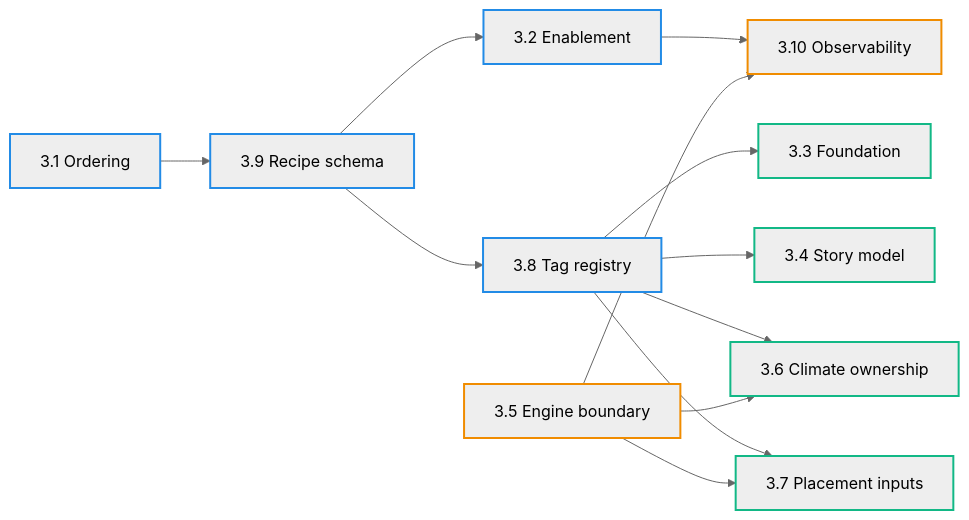
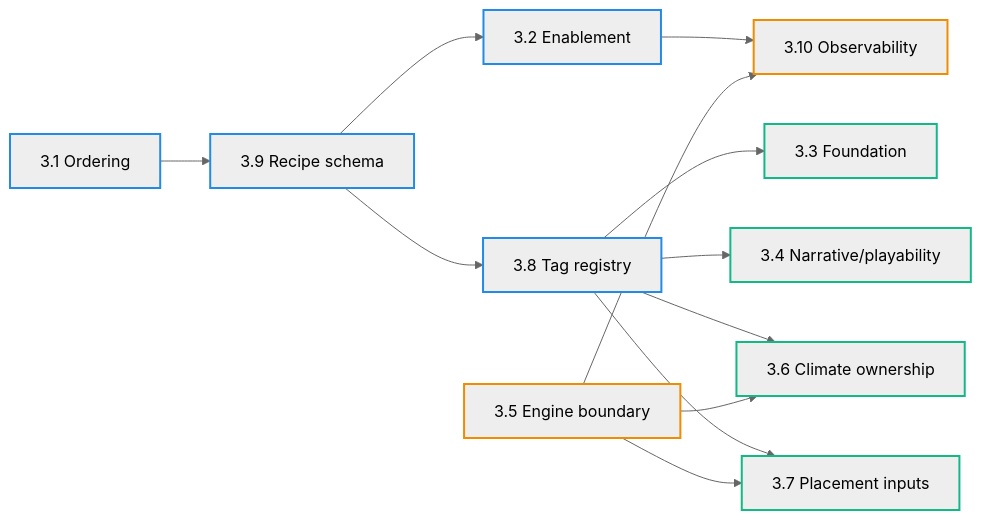
The diagram in docs/projects/engine-refactor-v1/resources/SPEC-target-architecture-draft.md (mateicanavra/civ7-modding-tools-fork), drawn with Mermaid (neutral theme) before and after one commit. The commit also changed other lines of this file and 2 other files, not shown here.

Commit message:
docs(engine-refactor): accept narrative artifact model (3.4)

````diff
--- a/docs/projects/engine-refactor-v1/resources/SPEC-target-architecture-draft.md
+++ b/docs/projects/engine-refactor-v1/resources/SPEC-target-architecture-draft.md
@@ -257,51 +276,51 @@
 ```mermaid
 flowchart LR
   %% Category (stroke) colors
   classDef spine stroke:#228be6,stroke-width:2px
   classDef boundary stroke:#f08c00,stroke-width:2px
   classDef domain stroke:#12b886,stroke-width:2px
 
   %% Status (fill) colors
   classDef accepted fill:#d3f9d8,color:#0b5345
   classDef proposed fill:#fff3bf,color:#7f4f00
   classDef open fill:#f1f3f5,color:#343a40
 
   ordering["3.1 Ordering"]:::spine
   recipeSchema["3.9 Recipe schema"]:::spine
   enablement["3.2 Enablement"]:::spine
   registry["3.8 Tag registry"]:::spine
 
   engineBoundary["3.5 Engine boundary"]:::boundary
   observability["3.10 Observability"]:::boundary
 
   foundation["3.3 Foundation"]:::domain
-  story["3.4 Story model"]:::domain
+  story["3.4 Narrative/playability"]:::domain
   climate["3.6 Climate ownership"]:::domain
   placement["3.7 Placement inputs"]:::domain
 
   ordering --> recipeSchema
   recipeSchema --> enablement
   recipeSchema --> registry
   registry --> foundation
   registry --> story
   registry --> climate
   registry --> placement
   engineBoundary --> climate
   engineBoundary --> placement
   enablement --> observability
   engineBoundary --> observability
 
   %% Apply current statuses (keep updated as decisions are accepted)
   class ordering spine,accepted
   class recipeSchema spine,accepted
   class enablement spine,accepted
   class registry spine,accepted
 
   class engineBoundary boundary,accepted
   class observability boundary,accepted
 
   class foundation domain,accepted
-  class story domain,open
+  class story domain,accepted
   class climate domain,open
   class placement domain,open
 ```
````
